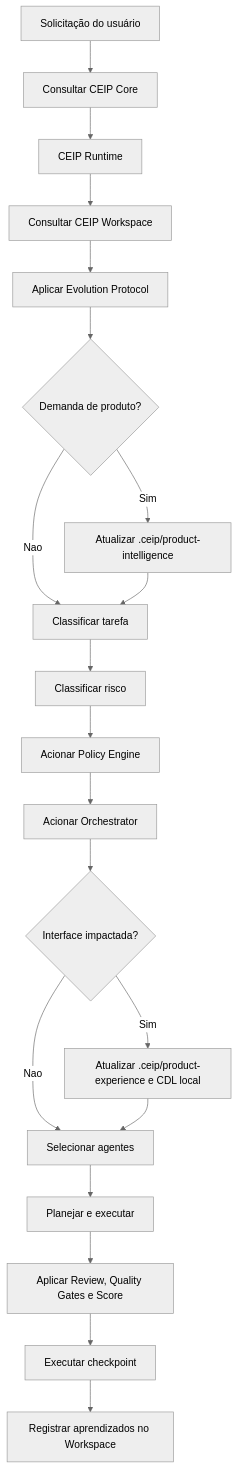
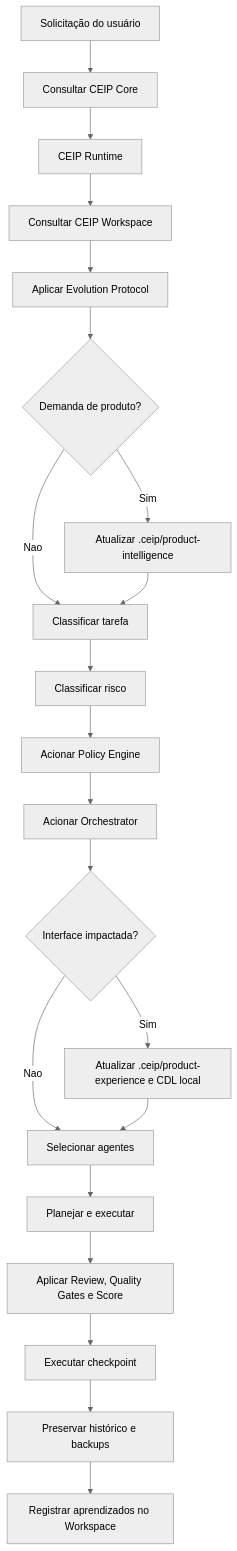
The diagram in workspace/README.md (thyags/method-ceip), drawn with Mermaid (neutral theme) before and after one commit. The commit also changed other lines of this file and 32 other files, not shown here.

````diff
--- a/workspace/README.md
+++ b/workspace/README.md
@@ -44,22 +44,23 @@
 ```mermaid
 flowchart TD
     A["Solicitação do usuário"] --> B["Consultar CEIP Core"]
     B --> B1["CEIP Runtime"]
     B1 --> C["Consultar CEIP Workspace"]
     C --> C1["Aplicar Evolution Protocol"]
     C1 --> D{"Demanda de produto?"}
     D -->|Sim| E["Atualizar .ceip/product-intelligence"]
     D -->|Nao| F["Classificar tarefa"]
     E --> F
     F --> G["Classificar risco"]
     G --> H["Acionar Policy Engine"]
     H --> I["Acionar Orchestrator"]
     I --> J{"Interface impactada?"}
     J -->|Sim| K["Atualizar .ceip/product-experience e CDL local"]
     J -->|Nao| L["Selecionar agentes"]
     K --> L
     L --> M["Planejar e executar"]
     M --> N["Aplicar Review, Quality Gates e Score"]
     N --> O["Executar checkpoint"]
-    O --> P["Registrar aprendizados no Workspace"]
+    O --> O1["Preservar histórico e backups"]
+    O1 --> P["Registrar aprendizados no Workspace"]
 ```
````
